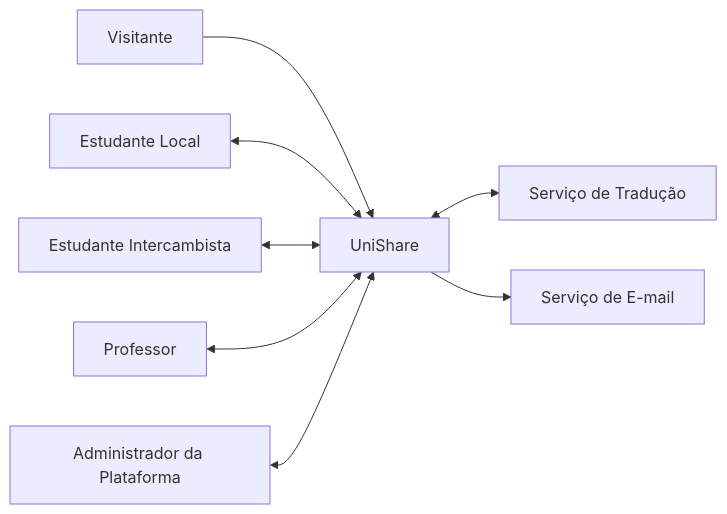
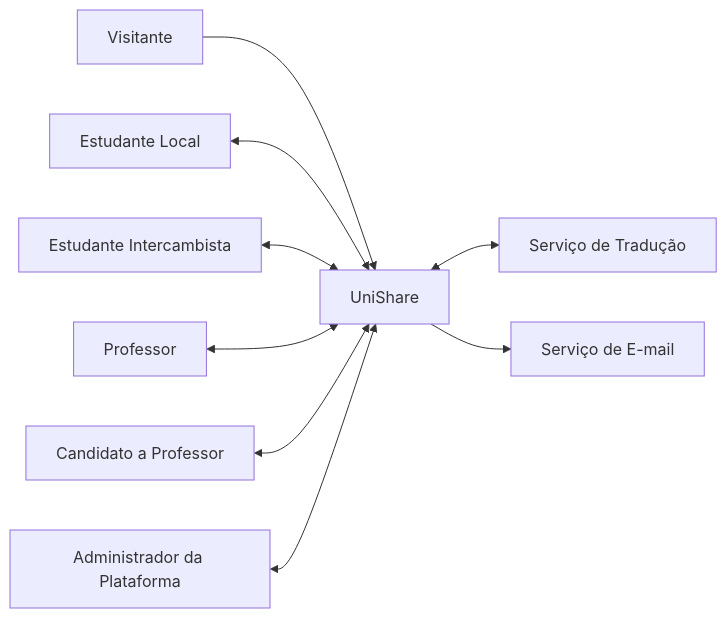
Before and after one commit to heitorrf/requisitos-2026--grupo5: the first of 9 diagrams in docs/documento-visão.md, drawn with Mermaid. The commit also changed other lines of this file, not shown here.

````diff
--- a/docs/documento-visão.md
+++ b/docs/documento-visão.md
@@ -244,10 +281,11 @@
 ```mermaid
 flowchart LR
     V[Visitante] --> U[UniShare]
     EL[Estudante Local] <--> U
     EI[Estudante Intercambista] <--> U
     P[Professor] <--> U
+    CP[Candidato a Professor] <--> U
     A[Administrador da Plataforma] <--> U
     U <--> T[Serviço de Tradução]
     U --> E[Serviço de E-mail]
 ```
````
